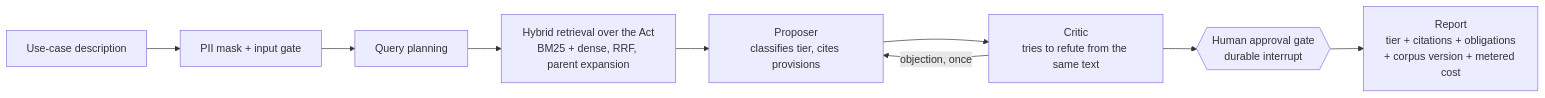
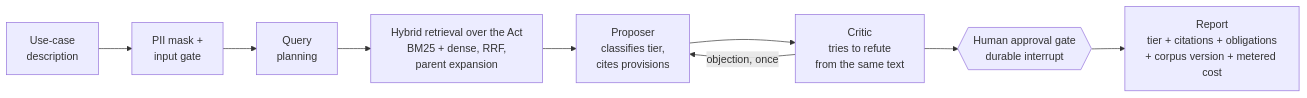
The diagram in README.md (nickbiird/ai-act-triage), drawn with Mermaid before and after one commit. The commit also changed other lines of this file and 8 other files, not shown here.

````diff
--- a/README.md
+++ b/README.md
@@ -17,11 +17,11 @@
 ```mermaid
 flowchart LR
-    A[Use-case description] --> B[PII mask + input gate]
-    B --> C[Query planning]
-    C --> D[Hybrid retrieval over the Act\nBM25 + dense, RRF, parent expansion]
-    D --> E[Proposer\nclassifies tier, cites provisions]
-    E --> F[Critic\ntries to refute from the same text]
+    A["Use-case<br/>description"] --> B["PII mask +<br/>input gate"]
+    B --> C["Query<br/>planning"]
+    C --> D["Hybrid retrieval over the Act<br/>BM25 + dense, RRF,<br/>parent expansion"]
+    D --> E["Proposer<br/>classifies tier,<br/>cites provisions"]
+    E --> F["Critic<br/>tries to refute<br/>from the same text"]
     F -->|objection, once| E
-    F --> G{{Human approval gate\ndurable interrupt}}
-    G --> H[Report\ntier + citations + obligations\n+ corpus version + metered cost]
+    F --> G{{"Human approval gate<br/>durable interrupt"}}
+    G --> H["Report<br/>tier + citations + obligations<br/>+ corpus version + metered cost"]
 ```
````
